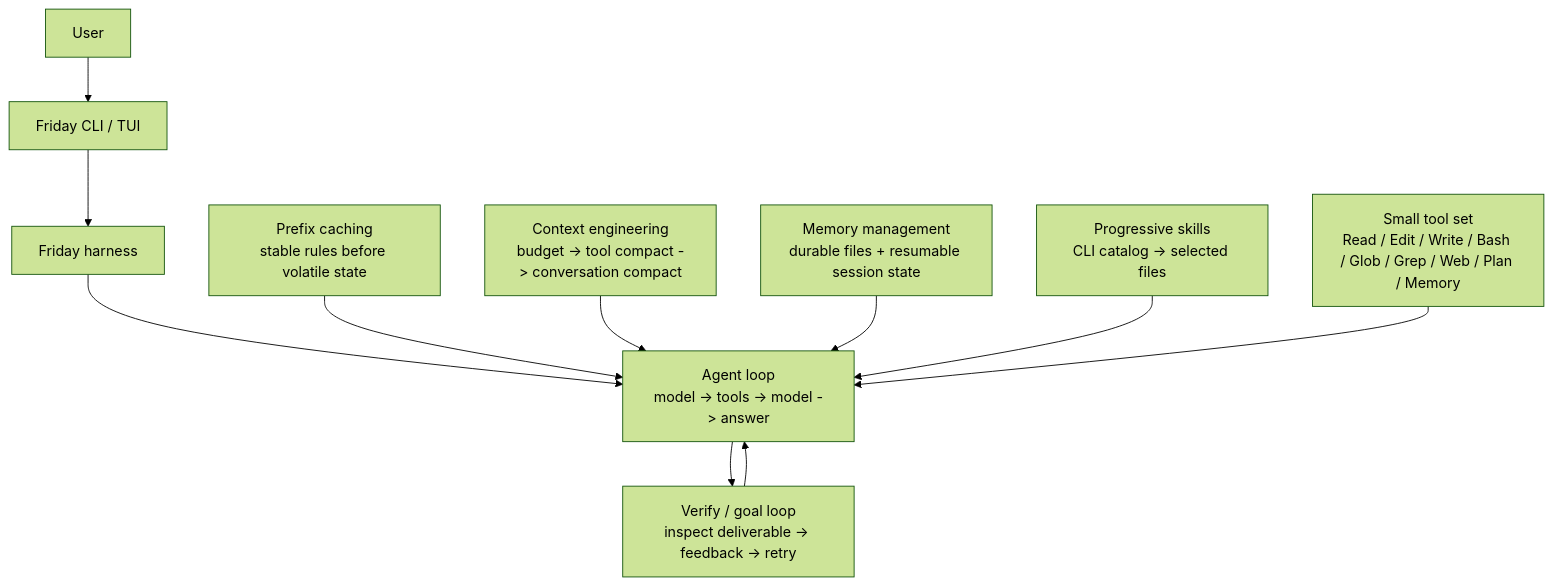
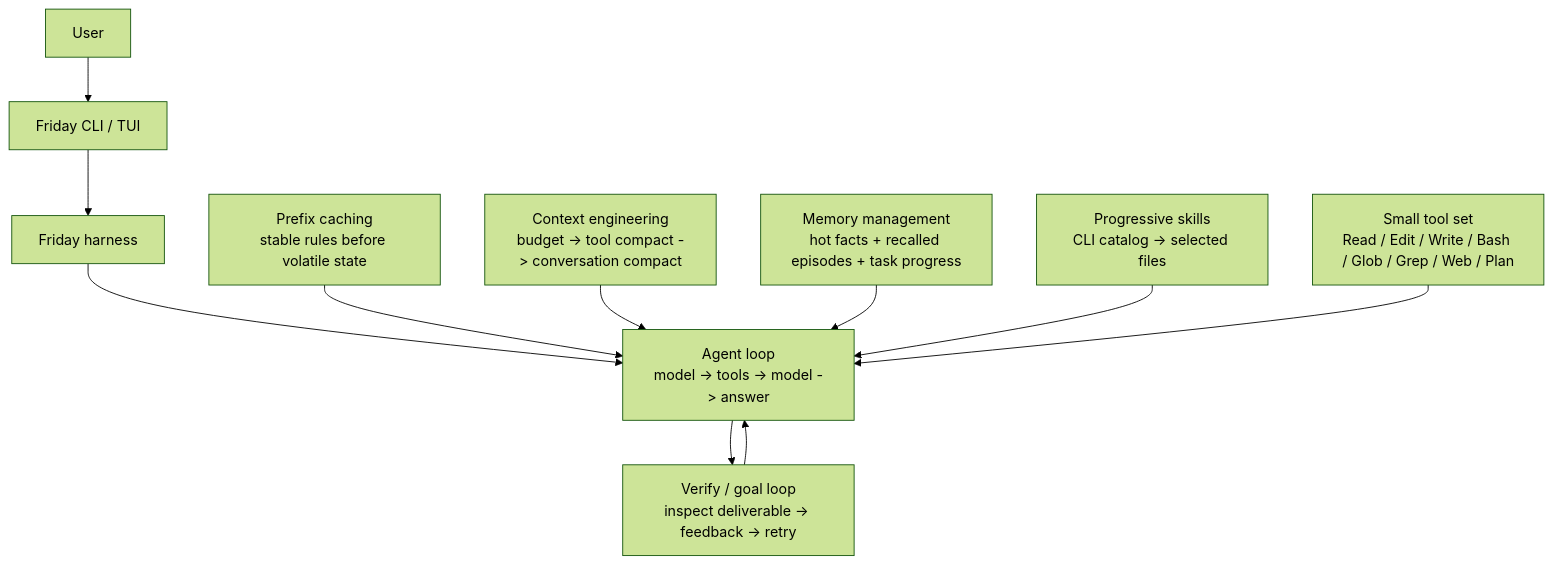
Before and after one commit to Lancetwang/friday: the diagram in README.md, drawn with Mermaid (forest theme). The commit also changed other lines of this file and 22 other files, not shown here.

````diff
--- a/README.md
+++ b/README.md
@@ -45,15 +45,15 @@
 ```mermaid
 flowchart TD
     User["User"] --> Surface["Friday CLI / TUI"]
     Surface --> Harness["Friday harness"]
 
     Harness --> AgentLoop["Agent loop<br/>model -> tools -> model -> answer"]
     AgentLoop --> OuterLoop["Verify / goal loop<br/>inspect deliverable -> feedback -> retry"]
     OuterLoop --> AgentLoop
 
     Prefix["Prefix caching<br/>stable rules before volatile state"] --> AgentLoop
     Context["Context engineering<br/>budget -> tool compact -> conversation compact"] --> AgentLoop
-    Memory["Memory management<br/>durable files + resumable session state"] --> AgentLoop
+    Memory["Memory management<br/>hot facts + recalled episodes + task progress"] --> AgentLoop
     Skills["Progressive skills<br/>CLI catalog -> selected files"] --> AgentLoop
-    Tools["Small tool set<br/>Read / Edit / Write / Bash / Glob / Grep / Web / Plan / Memory"] --> AgentLoop
+    Tools["Small tool set<br/>Read / Edit / Write / Bash / Glob / Grep / Web / Plan"] --> AgentLoop
 ```
````
